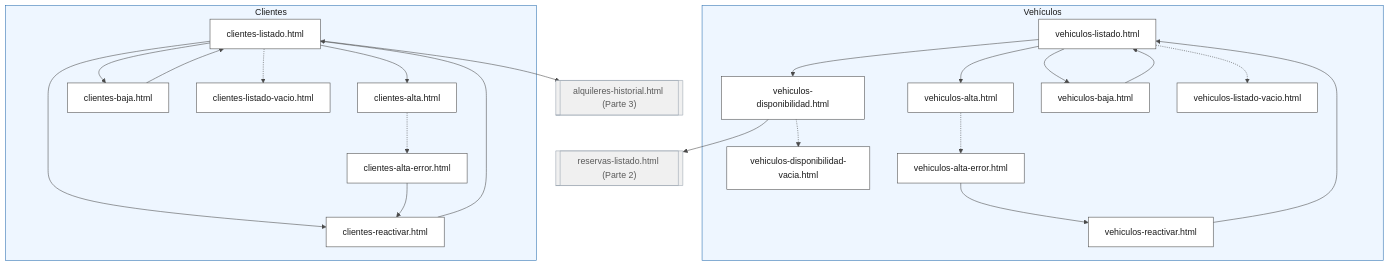
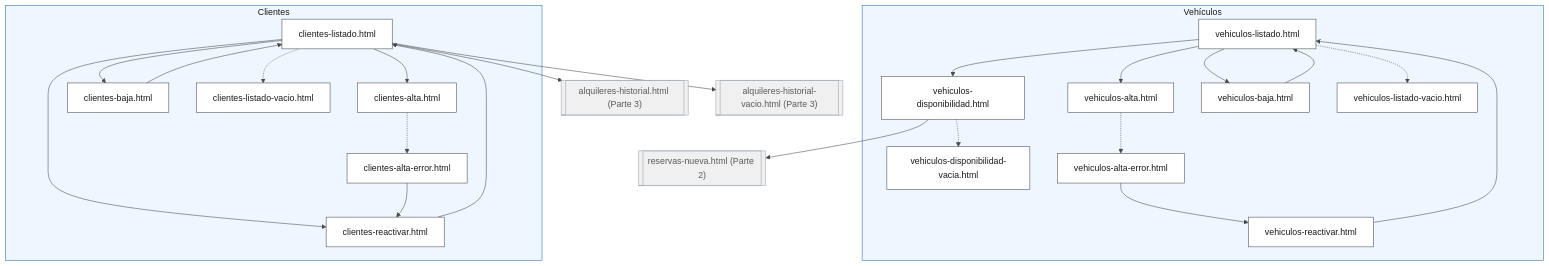
The diagram in docs/05-mockups/fuentes/parte1-navegacion-vehiculos-clientes.mmd (chaarlyez/Sistema_de_alquiler_de_veh-culos), drawn with Mermaid before and after one commit. The commit also changed 5 other files, not shown here.

```diff
--- a/docs/05-mockups/fuentes/parte1-navegacion-vehiculos-clientes.mmd
+++ b/docs/05-mockups/fuentes/parte1-navegacion-vehiculos-clientes.mmd
@@ -1,60 +1,62 @@
 %%{init: {'theme': 'base', 'themeVariables': {
   'background': '#ffffff',
   'primaryColor': '#ffffff',
   'primaryBorderColor': '#4a4a4a',
   'primaryTextColor': '#1a1a1a',
   'lineColor': '#4a4a4a',
   'textColor': '#1a1a1a',
   'clusterBkg': '#eef6ff',
   'clusterBorder': '#2a6fb0'
 }}}%%
 flowchart TD
     subgraph V["Vehículos"]
         VL["vehiculos-listado.html"]
         VD["vehiculos-disponibilidad.html"]
         VDV["vehiculos-disponibilidad-vacia.html"]
         VA["vehiculos-alta.html"]
         VAE["vehiculos-alta-error.html"]
         VB["vehiculos-baja.html"]
         VR["vehiculos-reactivar.html"]
         VLV["vehiculos-listado-vacio.html"]
     end
 
     subgraph C["Clientes"]
         CL["clientes-listado.html"]
         CA["clientes-alta.html"]
         CAE["clientes-alta-error.html"]
         CB["clientes-baja.html"]
         CR["clientes-reactivar.html"]
         CLV["clientes-listado-vacio.html"]
     end
 
-    RL[["reservas-listado.html (Parte 2)"]]
+    RN[["reservas-nueva.html (Parte 2)"]]
     AH[["alquileres-historial.html (Parte 3)"]]
+    AHV[["alquileres-historial-vacio.html (Parte 3)"]]
 
     VL --> VA
     VL --> VB
     VL --> VD
     VL -.-> VLV
     VA -.-> VAE
     VAE --> VR
-    VD --> RL
+    VD --> RN
     VD -.-> VDV
     VB --> VL
     VR --> VL
 
     CL --> CA
     CL --> CB
     CL --> CR
     CL --> AH
+    CL --> AHV
     CL -.-> CLV
     CA -.-> CAE
     CAE --> CR
     CB --> CL
     CR --> CL
 
     style V fill:#eef6ff,stroke:#2a6fb0,color:#1a1a1a
     style C fill:#eef6ff,stroke:#2a6fb0,color:#1a1a1a
 
     classDef externo fill:#f0f0f0,stroke:#9aa5b1,color:#5a5a5a
-    class RL,AH externo
+    class RN,AH,AHV externo
```
